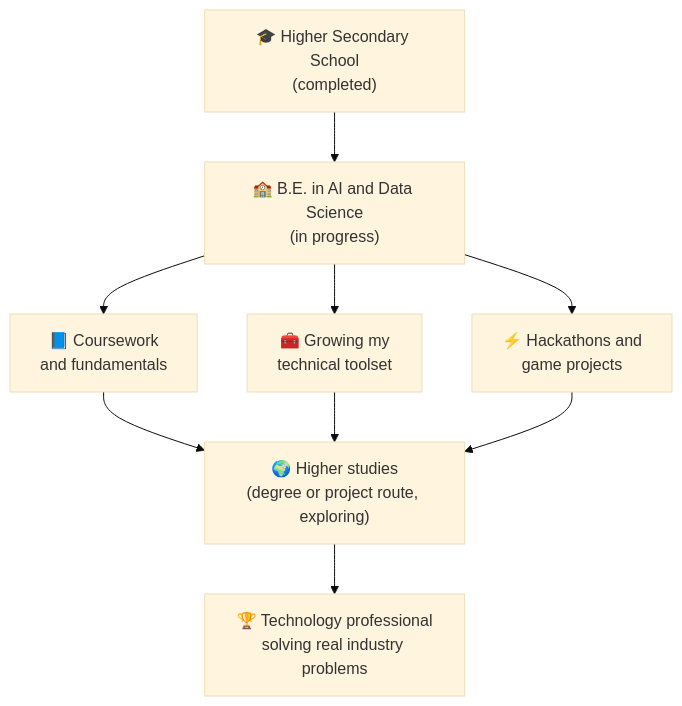
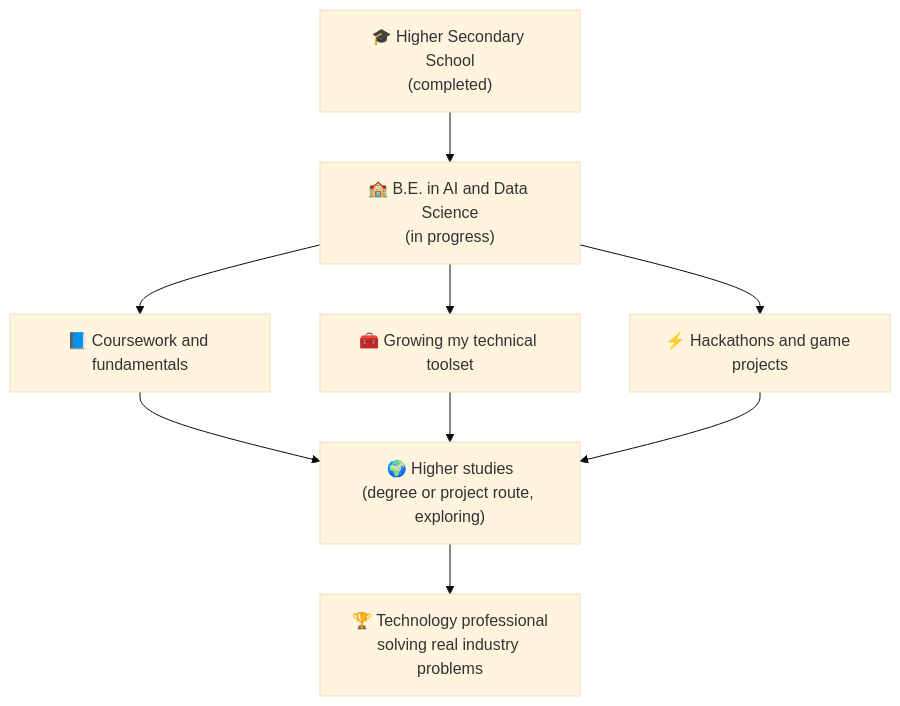
Before and after one commit to logithaj/logithaj: the second of 2 diagrams in README.md, drawn with Mermaid (base theme). The commit also changed other lines of this file, not shown here.

````diff
--- a/README.md
+++ b/README.md
@@ -68,11 +65,11 @@
 ```mermaid
 flowchart TD
     S["🎓 Higher Secondary School<br/>(completed)"] --> B["🏫 B.E. in AI and Data Science<br/>(in progress)"]
-    B --> C1["📘 Coursework<br/>and fundamentals"]
-    B --> C2["🧰 Growing my<br/>technical toolset"]
-    B --> C3["⚡ Hackathons and<br/>game projects"]
+    B --> C1["📘 Coursework and fundamentals"]
+    B --> C2["🧰 Growing my technical toolset"]
+    B --> C3["⚡ Hackathons and game projects"]
     C1 --> M["🌍 Higher studies<br/>(degree or project route, exploring)"]
     C2 --> M
     C3 --> M
     M --> G["🏆 Technology professional<br/>solving real industry problems"]
 ```
````
